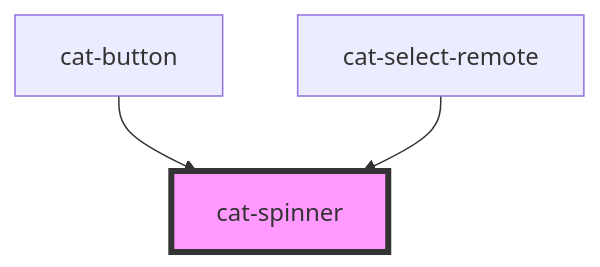
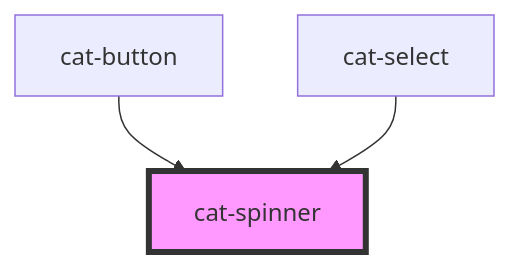
Before and after one commit to haiilo/catalyst: the diagram in core/src/components/cat-spinner/readme.md, drawn with Mermaid. The commit also changed other lines of this file and 27 other files, not shown here.

````diff
--- a/core/src/components/cat-spinner/readme.md
+++ b/core/src/components/cat-spinner/readme.md
@@ -22,6 +22,6 @@
 ```mermaid
 graph TD;
   cat-button --> cat-spinner
-  cat-select-remote --> cat-spinner
+  cat-select --> cat-spinner
   style cat-spinner fill:#f9f,stroke:#333,stroke-width:4px
 ```
````
